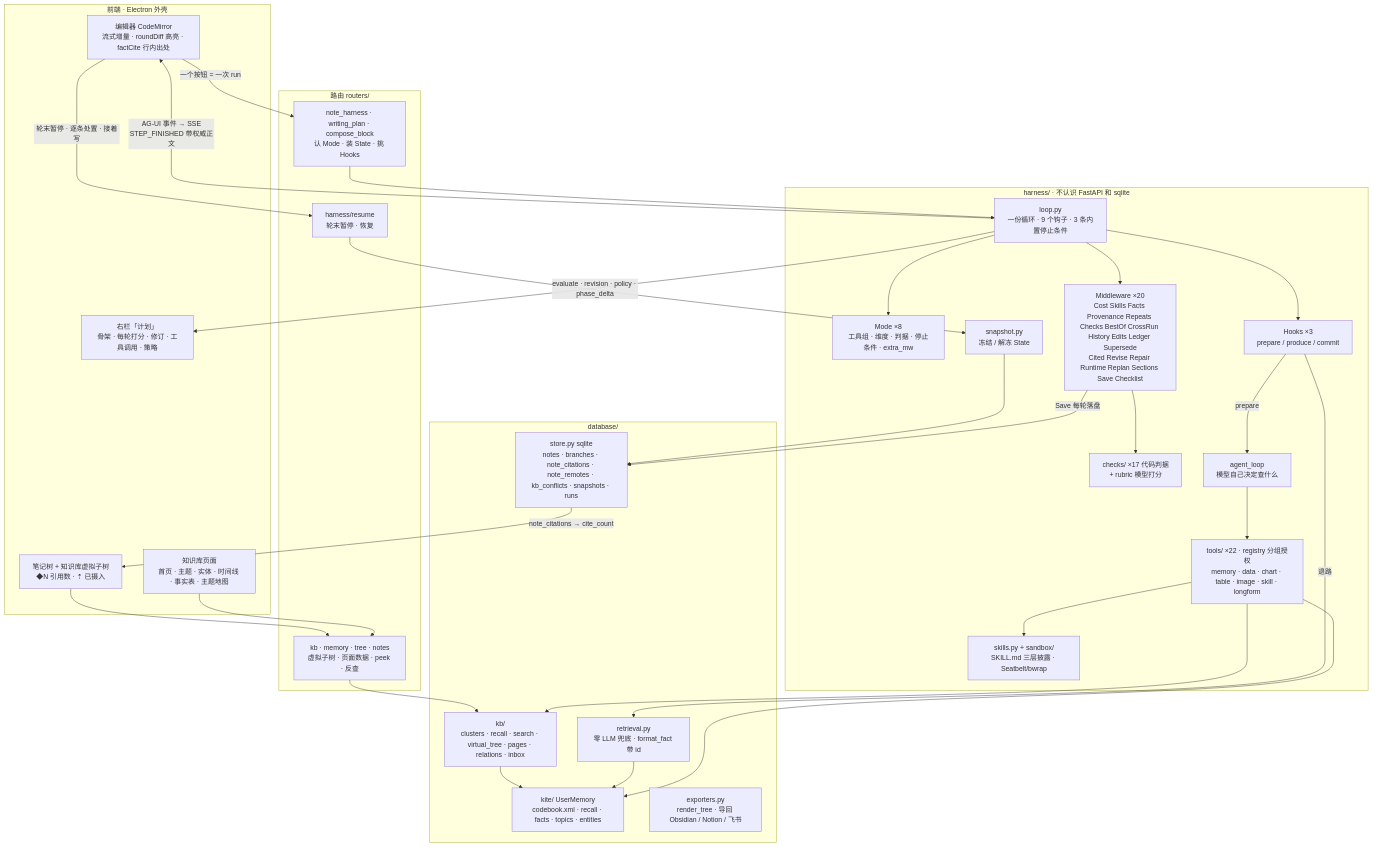
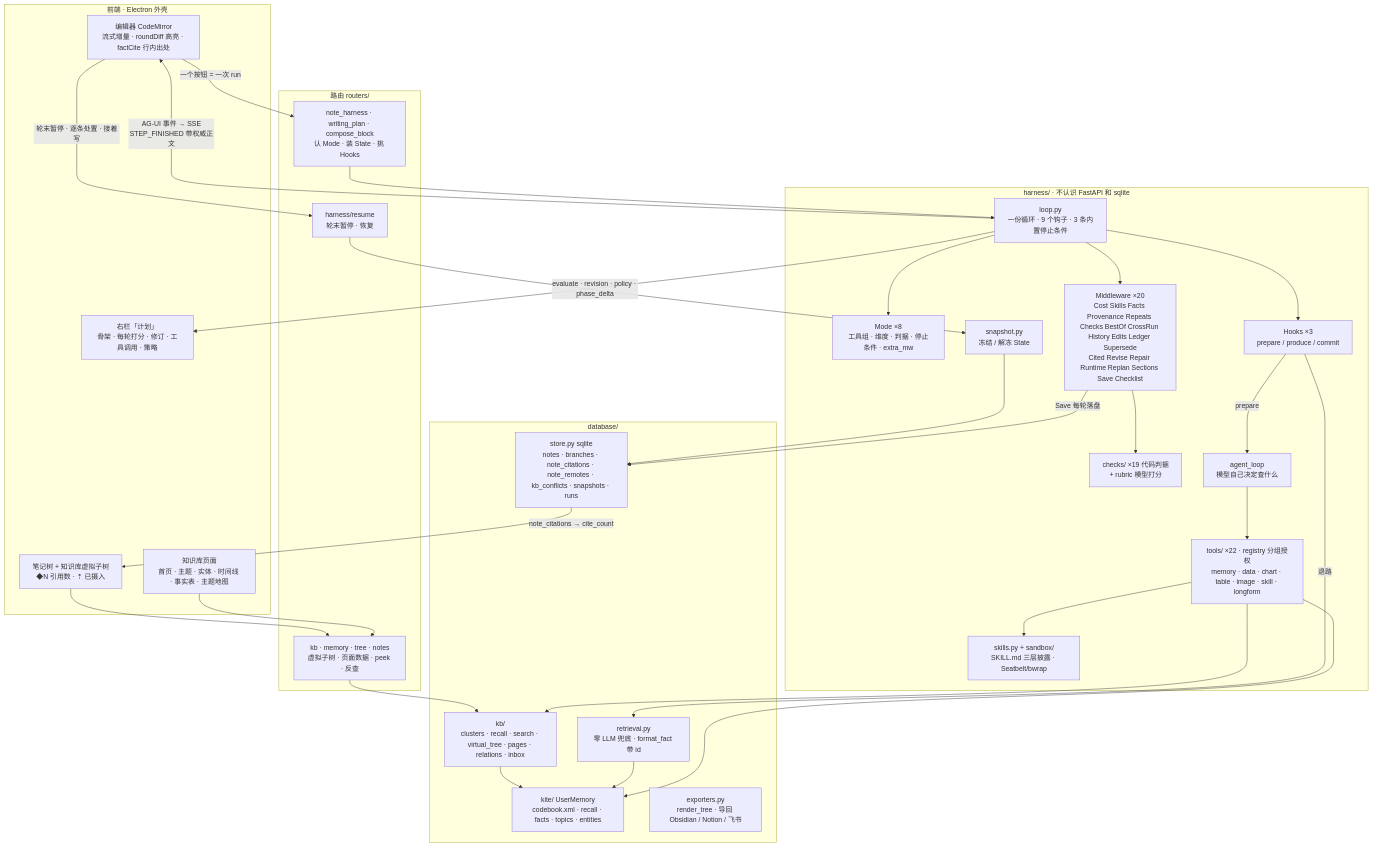
The diagram in docs/harness-framework.md (huilongbaba/MEMOKET_NOTE), drawn with Mermaid before and after one commit. The commit also changed other lines of this file and 30 other files, not shown here.

````diff
--- a/docs/harness-framework.md
+++ b/docs/harness-framework.md
@@ -41,60 +41,60 @@
 ```mermaid
 flowchart TB
   subgraph UI["前端 · Electron 外壳"]
     ED["编辑器 CodeMirror<br/>流式增量 · roundDiff 高亮 · factCite 行内出处"]
     PLAN["右栏「计划」<br/>骨架 · 每轮打分 · 修订 · 工具调用 · 策略"]
     TREE["笔记树 + 知识库虚拟子树<br/>◆N 引用数 · ⇡ 已摄入"]
     KBP["知识库页面<br/>首页 · 主题 · 实体 · 时间线 · 事实表 · 主题地图"]
   end
 
   subgraph API["路由 routers/"]
     NH["note_harness · writing_plan · compose_block<br/>认 Mode · 装 State · 挑 Hooks"]
     RS["harness/resume<br/>轮末暂停 · 恢复"]
     KBR["kb · memory · tree · notes<br/>虚拟子树 · 页面数据 · peek · 反查"]
   end
 
   subgraph H["harness/ · 不认识 FastAPI 和 sqlite"]
     LOOP["loop.py<br/>一份循环 · 9 个钩子 · 3 条内置停止条件"]
     MODE["Mode ×8<br/>工具组 · 维度 · 判据 · 停止条件 · extra_mw"]
     HOOKS["Hooks ×3<br/>prepare / produce / commit"]
     MW["Middleware ×20<br/>Cost Skills Facts Provenance Repeats Checks BestOf CrossRun History Edits Ledger Supersede<br/>Cited Revise Repair Runtime Replan Sections Save Checklist"]
-    CHK["checks/ ×17 代码判据<br/>+ rubric 模型打分"]
+    CHK["checks/ ×19 代码判据<br/>+ rubric 模型打分"]
     TOOLS["tools/ ×22 · registry 分组授权<br/>memory · data · chart · table · image · skill · longform"]
     AL["agent_loop<br/>模型自己决定查什么"]
     SK["skills.py + sandbox/<br/>SKILL.md 三层披露 · Seatbelt/bwrap"]
     SNAP["snapshot.py<br/>冻结 / 解冻 State"]
   end
 
   subgraph DB["database/"]
     STORE["store.py sqlite<br/>notes · branches · note_citations · note_remotes · kb_conflicts · snapshots · runs"]
     KITE["kite/ UserMemory<br/>codebook.xml · recall · facts · topics · entities"]
     KB["kb/<br/>clusters · recall · search · virtual_tree · pages · relations · inbox"]
     EXP["exporters.py<br/>render_tree · 导回 Obsidian / Notion / 飞书"]
     RET["retrieval.py<br/>零 LLM 兜底 · format_fact 带 id"]
   end
 
   ED -- "一个按钮 = 一次 run" --> NH
   NH --> LOOP
   LOOP --> MODE
   LOOP --> HOOKS
   LOOP --> MW
   MW --> CHK
   HOOKS -- prepare --> AL
   AL --> TOOLS
   TOOLS --> KITE
   TOOLS --> KB
   TOOLS --> SK
   HOOKS -- 退路 --> RET
   RET --> KITE
   MW -- Save 每轮落盘 --> STORE
   SNAP --> STORE
   RS --> SNAP
   LOOP -- "AG-UI 事件 → SSE<br/>STEP_FINISHED 带权威正文" --> ED
   LOOP -- "evaluate · revision · policy · phase_delta" --> PLAN
   STORE -- "note_citations → cite_count" --> TREE
   KBR --> KB
   KB --> KITE
   KBP --> KBR
   TREE --> KBR
   ED -- "轮末暂停 · 逐条处置 · 接着写" --> RS
 ```
````
